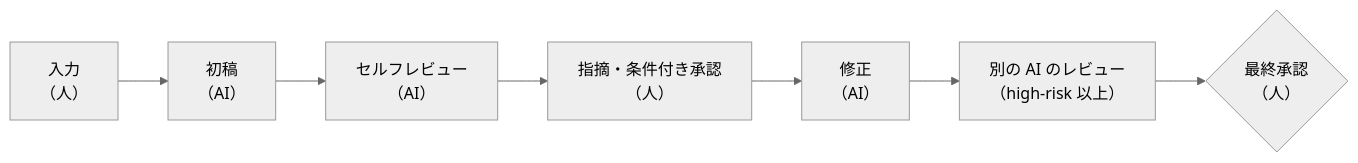
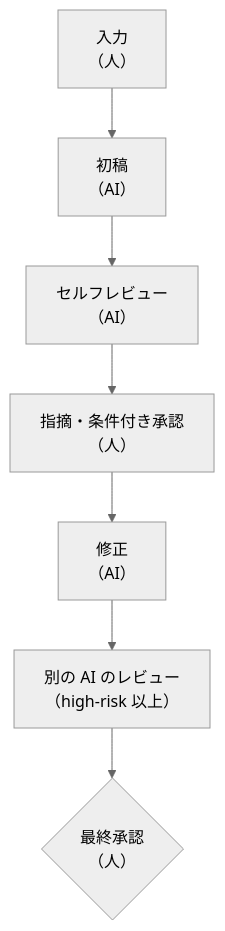
The diagram in books/plangate-guide/08_plan-review.md (s977043/my-blog), drawn with Mermaid (neutral theme) before and after one commit. The commit also changed other lines of this file and 2 other files, not shown here.

Commit message:
fix(book): 編集ループ3の仕上げ（止まる条件の分岐、TASK-0874 の精度、条件付き承認の説明）

````diff
--- a/books/plangate-guide/08_plan-review.md
+++ b/books/plangate-guide/08_plan-review.md
@@ -17,8 +17,8 @@
 ```mermaid
-flowchart LR
+flowchart TD
     A["入力<br/>（人）"] --> B["初稿<br/>（AI）"]
     B --> C["セルフレビュー<br/>（AI）"]
     C --> D["指摘・条件付き承認<br/>（人）"]
     D --> E["修正<br/>（AI）"]
     E --> G["別の AI のレビュー<br/>（high-risk 以上）"] --> F{"最終承認<br/>（人）"}
 ```
````
